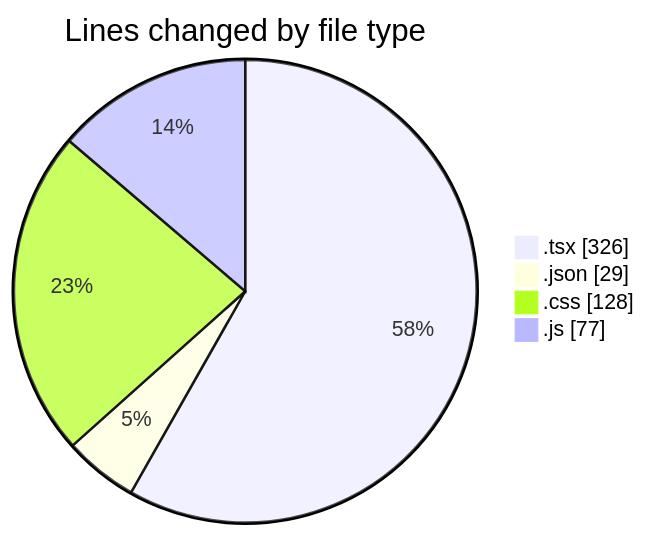
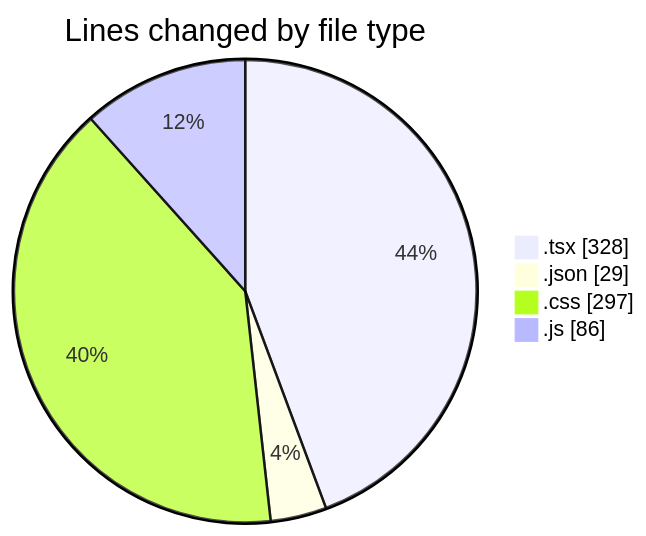
Before and after one commit to Elitesun/code-tracking: the first of 2 diagrams in 2025-05-15/laala_boost/README.md, drawn with Mermaid. The commit also changed other lines of this file and 1 other file, not shown here.

````diff
--- a/2025-05-15/laala_boost/README.md
+++ b/2025-05-15/laala_boost/README.md
@@ -23,8 +23,8 @@
 ```mermaid
 pie showData
 title Lines changed by file type
-".tsx" : 326
+".tsx" : 328
 ".json" : 29
-".css" : 128
-".js" : 77
+".css" : 297
+".js" : 86
 ```
````
